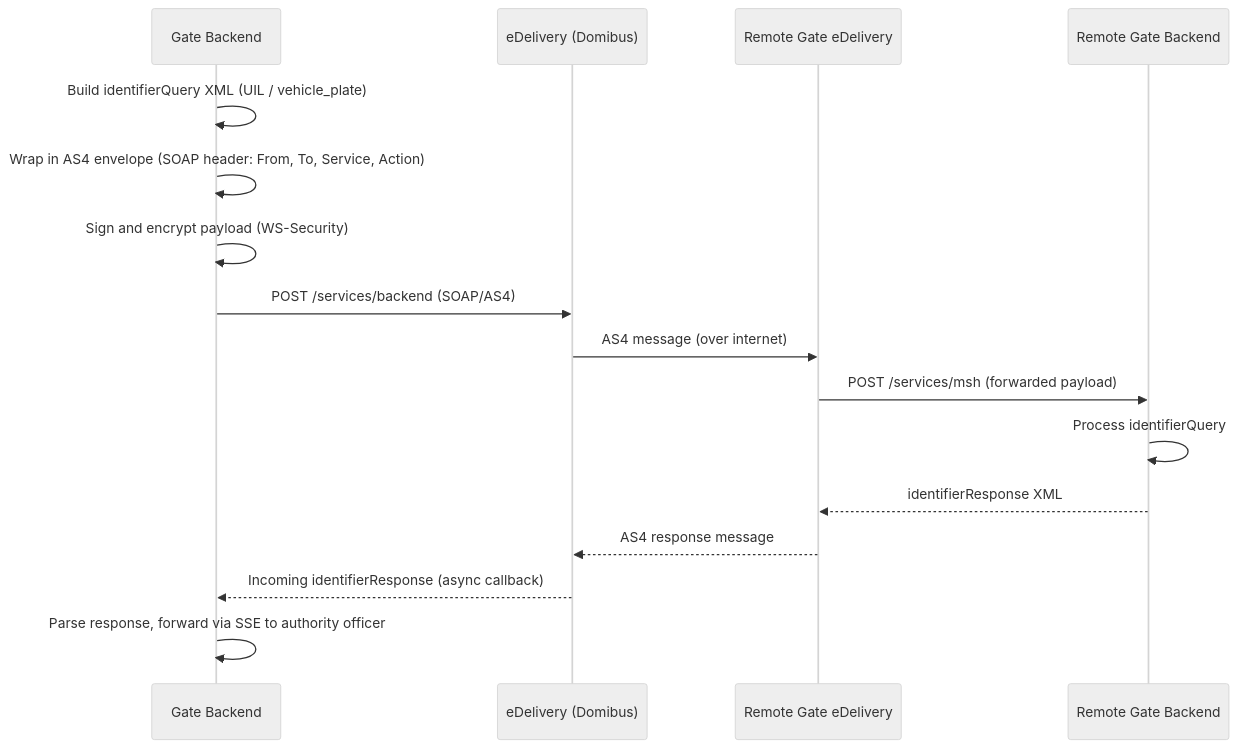
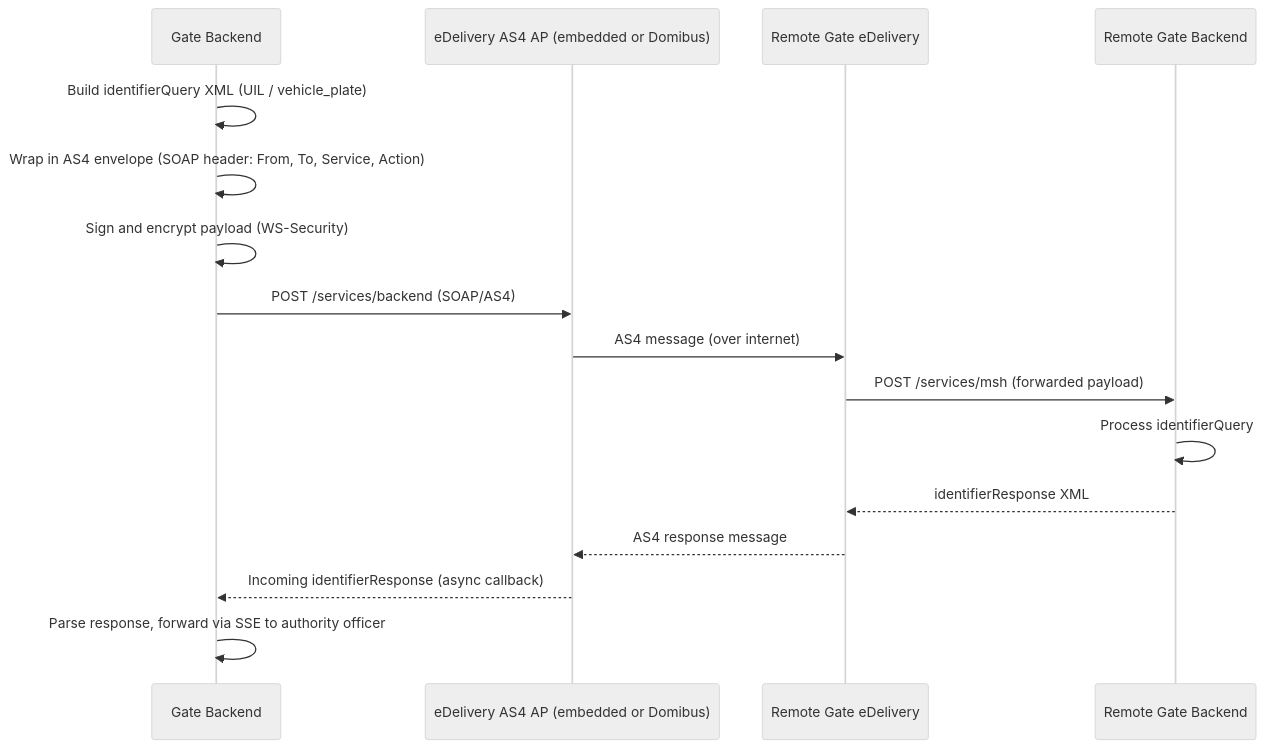
The second of 3 diagrams in docs/epics/epic_25_en.md (kemit-ee/efti-gate-ee), drawn with Mermaid (neutral theme) before and after one commit. The commit also changed other lines of this file and 22 other files, not shown here.

````diff
--- a/docs/epics/epic_25_en.md
+++ b/docs/epics/epic_25_en.md
@@ -37,19 +39,19 @@
 ```mermaid
 sequenceDiagram
     participant Gate as Gate Backend
-    participant EDelivery as eDelivery (Domibus)
+    participant EDelivery as eDelivery AS4 AP (embedded or Domibus)
     participant RemoteEDelivery as Remote Gate eDelivery
     participant RemoteGate as Remote Gate Backend
 
     Gate->>Gate: Build identifierQuery XML (UIL / vehicle_plate)
     Gate->>Gate: Wrap in AS4 envelope (SOAP header: From, To, Service, Action)
     Gate->>Gate: Sign and encrypt payload (WS-Security)
     Gate->>EDelivery: POST /services/backend (SOAP/AS4)
     EDelivery->>RemoteEDelivery: AS4 message (over internet)
     RemoteEDelivery->>RemoteGate: POST /services/msh (forwarded payload)
     RemoteGate->>RemoteGate: Process identifierQuery
     RemoteGate-->>RemoteEDelivery: identifierResponse XML
     RemoteEDelivery-->>EDelivery: AS4 response message
     EDelivery-->>Gate: Incoming identifierResponse (async callback)
     Gate->>Gate: Parse response, forward via SSE to authority officer
 ```
````
